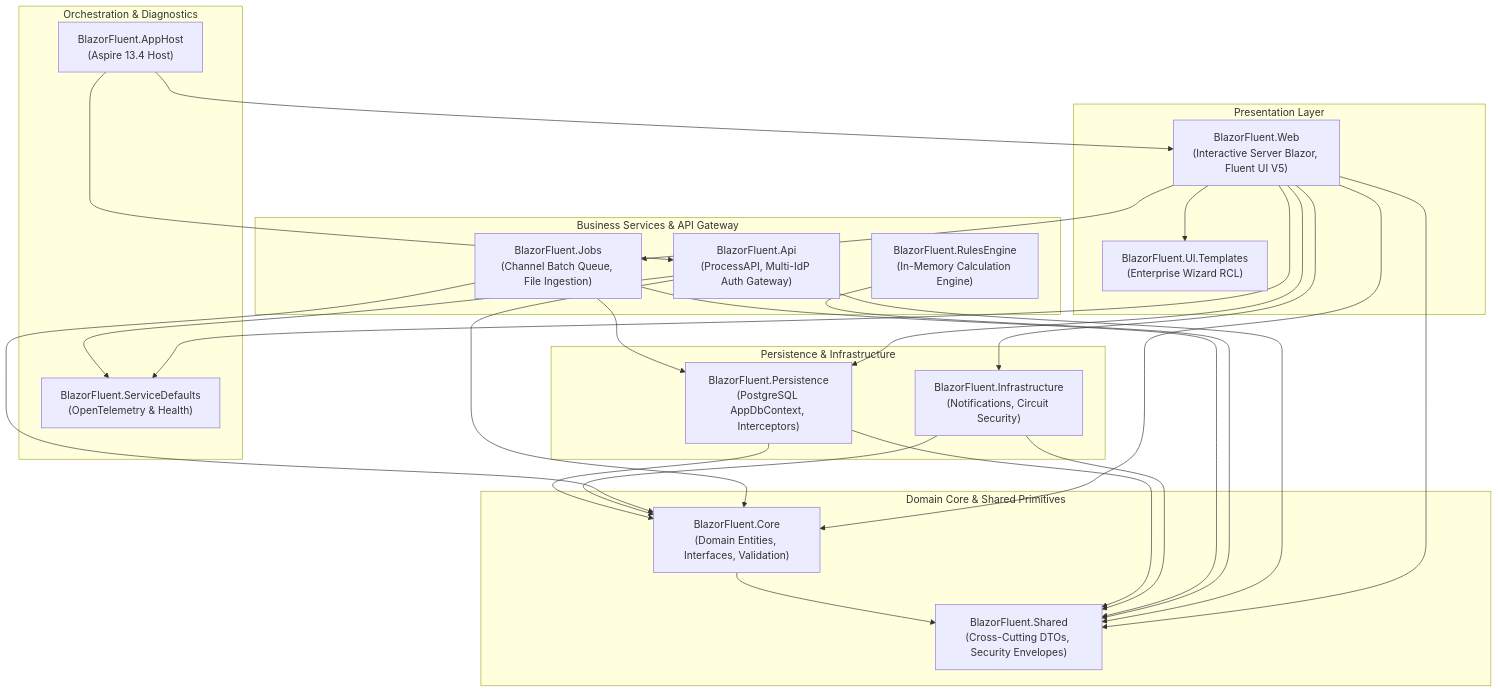
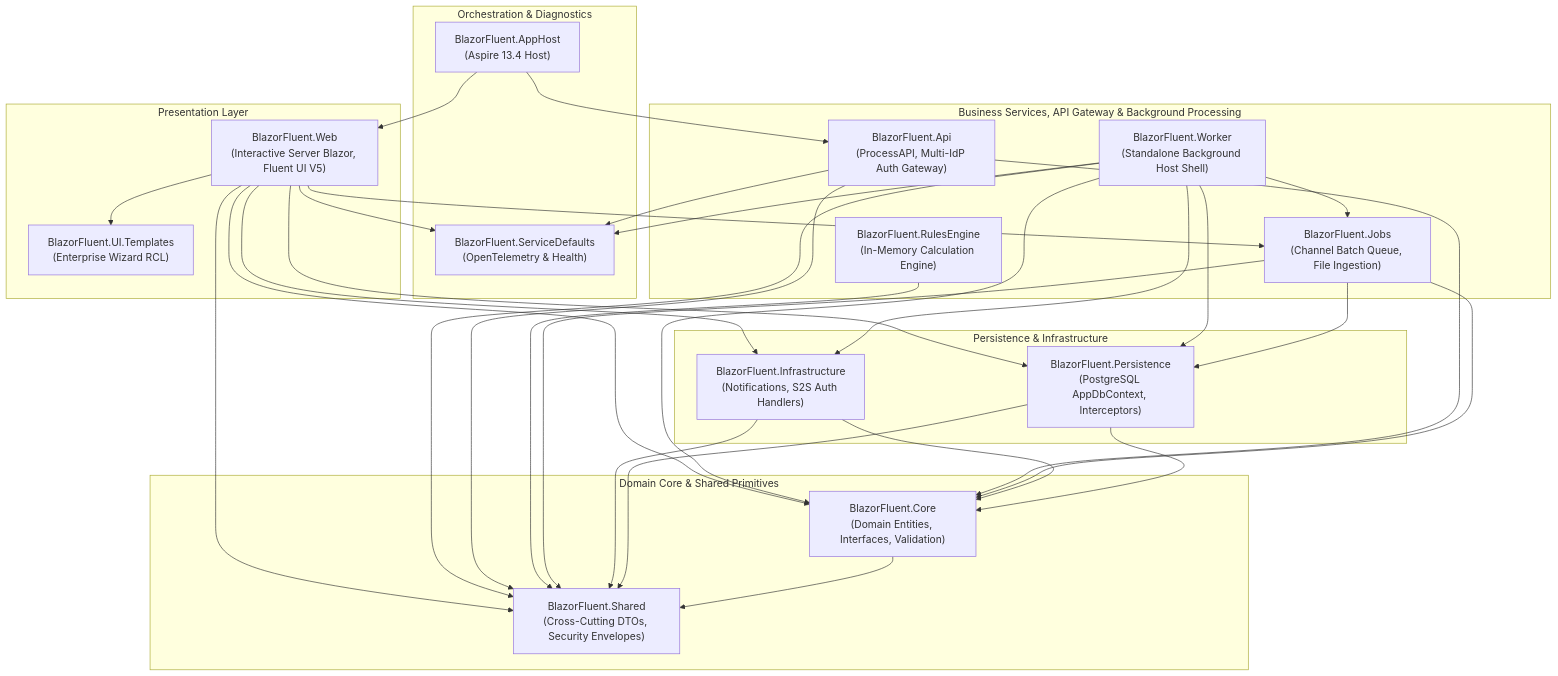
Before and after one commit to cheriansk/blazor-fluent: the first of 3 diagrams in README.md, drawn with Mermaid. The commit also changed other lines of this file and 34 other files, not shown here.

````diff
--- a/README.md
+++ b/README.md
@@ -36,50 +38,57 @@
 ```mermaid
 flowchart TD
     subgraph Orchestration ["Orchestration & Diagnostics"]
         AppHost["BlazorFluent.AppHost\n(Aspire 13.4 Host)"]
         Defaults["BlazorFluent.ServiceDefaults\n(OpenTelemetry & Health)"]
     end
 
     subgraph Presentation ["Presentation Layer"]
         Web["BlazorFluent.Web\n(Interactive Server Blazor, Fluent UI V5)"]
         Templates["BlazorFluent.UI.Templates\n(Enterprise Wizard RCL)"]
     end
 
-    subgraph BusinessAndApi ["Business Services & API Gateway"]
+    subgraph BusinessAndApi ["Business Services, API Gateway & Background Processing"]
         Api["BlazorFluent.Api\n(ProcessAPI, Multi-IdP Auth Gateway)"]
         Rules["BlazorFluent.RulesEngine\n(In-Memory Calculation Engine)"]
         Jobs["BlazorFluent.Jobs\n(Channel Batch Queue, File Ingestion)"]
+        Worker["BlazorFluent.Worker\n(Standalone Background Host Shell)"]
     end
 
     subgraph DataAndInfra ["Persistence & Infrastructure"]
-        Infra["BlazorFluent.Infrastructure\n(Notifications, Circuit Security)"]
+        Infra["BlazorFluent.Infrastructure\n(Notifications, S2S Auth Handlers)"]
         Persist["BlazorFluent.Persistence\n(PostgreSQL AppDbContext, Interceptors)"]
     end
 
     subgraph CoreRing ["Domain Core & Shared Primitives"]
         Core["BlazorFluent.Core\n(Domain Entities, Interfaces, Validation)"]
         Shared["BlazorFluent.Shared\n(Cross-Cutting DTOs, Security Envelopes)"]
     end
 
     AppHost --> Web
     AppHost --> Api
     Web --> Defaults
     Api --> Defaults
+    Worker --> Defaults
     Web --> Templates
     Web --> Jobs
     Web --> Infra
     Web --> Persist
     Web --> Core
     Web --> Shared
+    Worker --> Jobs
+    Worker --> Persist
+    Worker --> Infra
+    Worker --> Core
+    Worker --> Shared
     Api --> Core
     Api --> Shared
     Rules --> Shared
     Jobs --> Persist
     Jobs --> Core
     Jobs --> Shared
     Infra --> Core
     Infra --> Shared
     Persist --> Core
     Persist --> Shared
     Core --> Shared
 ```
````
